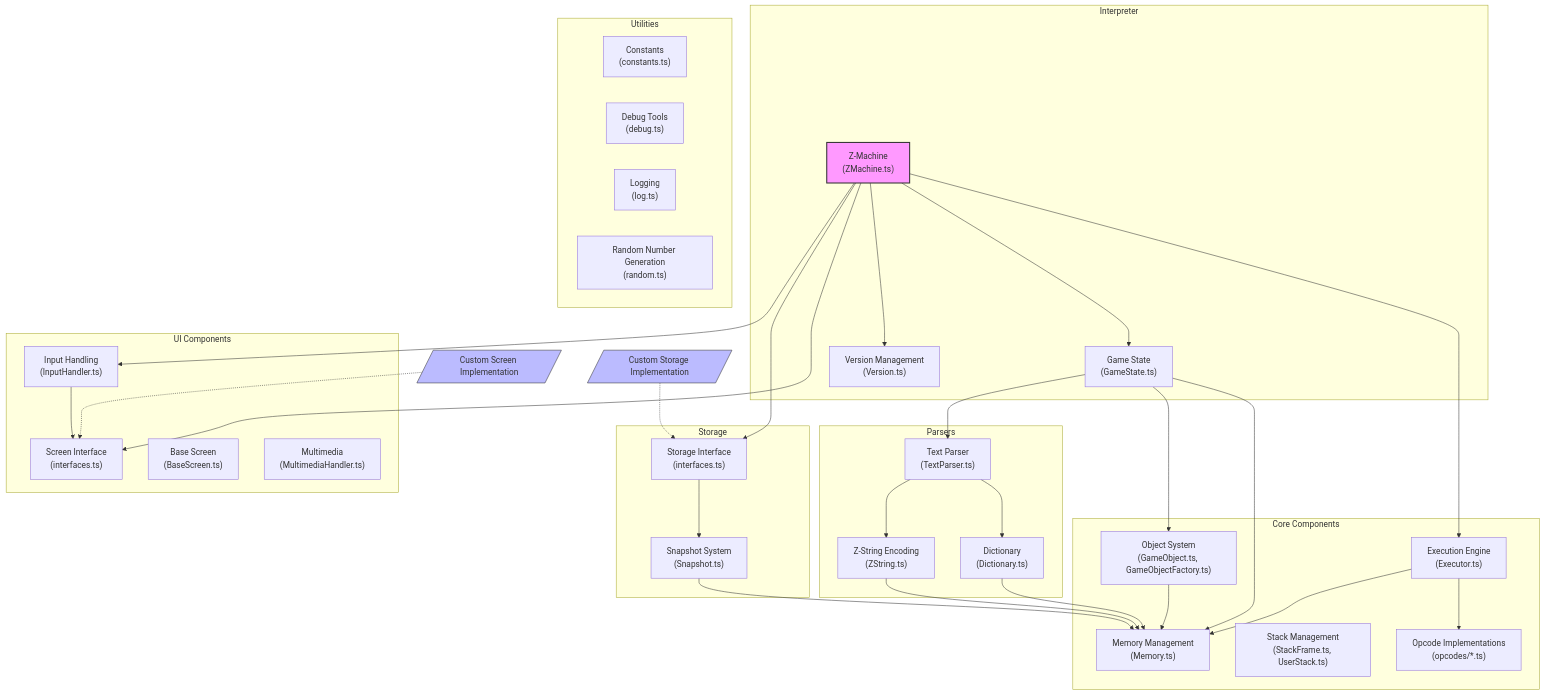
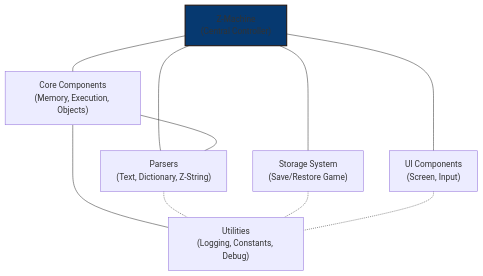
One commit to Random-Lunacy/rezrov-zmachine changed the diagram in README.md. Above: the diagram before and after it, drawn with Mermaid. The commit also changed other lines of this file and 26 other files, not shown here.

First line of the commit message:
Revamp input and start work on storage rebuild.  (#15)

````diff
--- a/README.md
+++ b/README.md
@@ -153,76 +157,24 @@
 ```mermaid
 graph TD
-    subgraph "Core Components"
-        Memory["Memory Management<br>(Memory.ts)"]
-        ExecutionEngine["Execution Engine<br>(Executor.ts)"]
-        StackSystem["Stack Management<br>(StackFrame.ts, UserStack.ts)"]
-        ObjSystem["Object System<br>(GameObject.ts, GameObjectFactory.ts)"]
-        Opcodes["Opcode Implementations<br>(opcodes/*.ts)"]
-    end
+  ZMachine["Z-Machine<br>(Central Controller)"]
 
-    subgraph "Interpreter"
-        ZMachine["Z-Machine<br>(ZMachine.ts)"]
-        GameState["Game State<br>(GameState.ts)"]
-        Version["Version Management<br>(Version.ts)"]
-    end
+  Core["Core Components<br>(Memory, Execution, Objects)"]
+  Parser["Parsers<br>(Text, Dictionary, Z-String)"]
+  Storage["Storage System<br>(Save/Restore Game)"]
+  UI["UI Components<br>(Screen, Input)"]
+  Utilities["Utilities<br>(Logging, Constants, Debug)"]
 
-    subgraph "UI Components"
-        Screen["Screen Interface<br>(interfaces.ts)"]
-        BaseScreen["Base Screen<br>(BaseScreen.ts)"]
-        InputHandler["Input Handling<br>(InputHandler.ts)"]
-        Multimedia["Multimedia<br>(MultimediaHandler.ts)"]
-    end
+  ZMachine --- Core
+  ZMachine --- Parser
+  ZMachine --- Storage
+  ZMachine --- UI
 
-    subgraph "Storage"
-        StorageInterface["Storage Interface<br>(interfaces.ts)"]
-        Snapshot["Snapshot System<br>(Snapshot.ts)"]
-    end
+  Core --- Parser
+  Core --- Utilities
 
-    subgraph "Parsers"
-        Dictionary["Dictionary<br>(Dictionary.ts)"]
-        TextParser["Text Parser<br>(TextParser.ts)"]
-        ZString["Z-String Encoding<br>(ZString.ts)"]
-    end
+  Parser -.- Utilities
+  Storage -.- Utilities
+  UI -.- Utilities
 
-    subgraph "Utilities"
-        Constants["Constants<br>(constants.ts)"]
-        Debug["Debug Tools<br>(debug.ts)"]
-        Logger["Logging<br>(log.ts)"]
-        Random["Random Number Generation<br>(random.ts)"]
-    end
-
-    %% Core relationships
-    ZMachine --> ExecutionEngine
-    ZMachine --> GameState
-    ZMachine --> Version
-    ZMachine --> Screen
-    ZMachine --> StorageInterface
-    ZMachine --> InputHandler
-
-    GameState --> Memory
-    GameState --> ObjSystem
-    GameState --> TextParser
-
-    ExecutionEngine --> Opcodes
-    ExecutionEngine --> Memory
-
-    ObjSystem --> Memory
-
-    %% Supporting relationships
-    InputHandler --> Screen
-    TextParser --> Dictionary
-    TextParser --> ZString
-    Dictionary --> Memory
-    ZString --> Memory
-
-    StorageInterface --> Snapshot
-    Snapshot --> Memory
-
-    %% Custom implementation flows
-    CustomScreen[/"Custom Screen Implementation"/] -.-> Screen
-    CustomStorage[/"Custom Storage Implementation"/] -.-> StorageInterface
-
-    style ZMachine fill:#f9f,stroke:#333,stroke-width:2px
-    style CustomScreen fill:#bbf,stroke:#333,stroke-width:1px
-    style CustomStorage fill:#bbf,stroke:#333,stroke-width:1px
+style ZMachine fill:#063970,stroke:#21130d,stroke-width:2px
 ```
````
